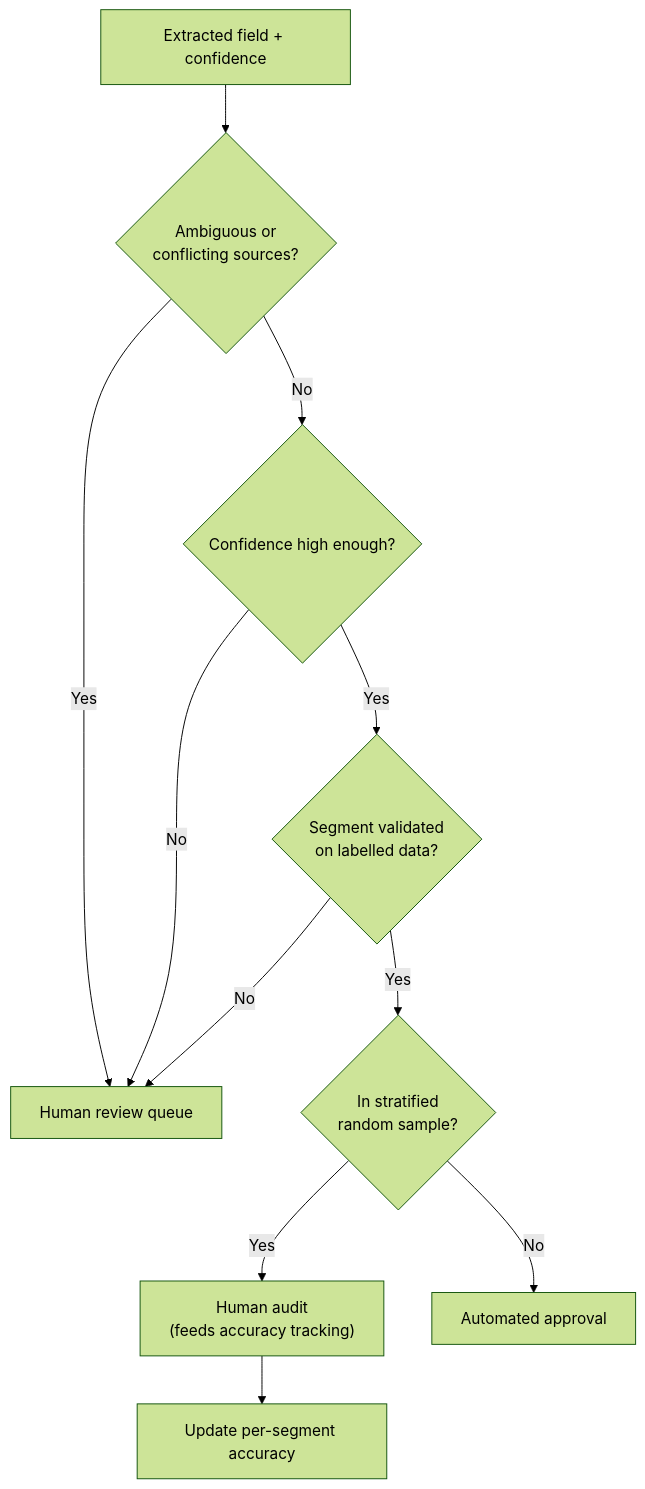
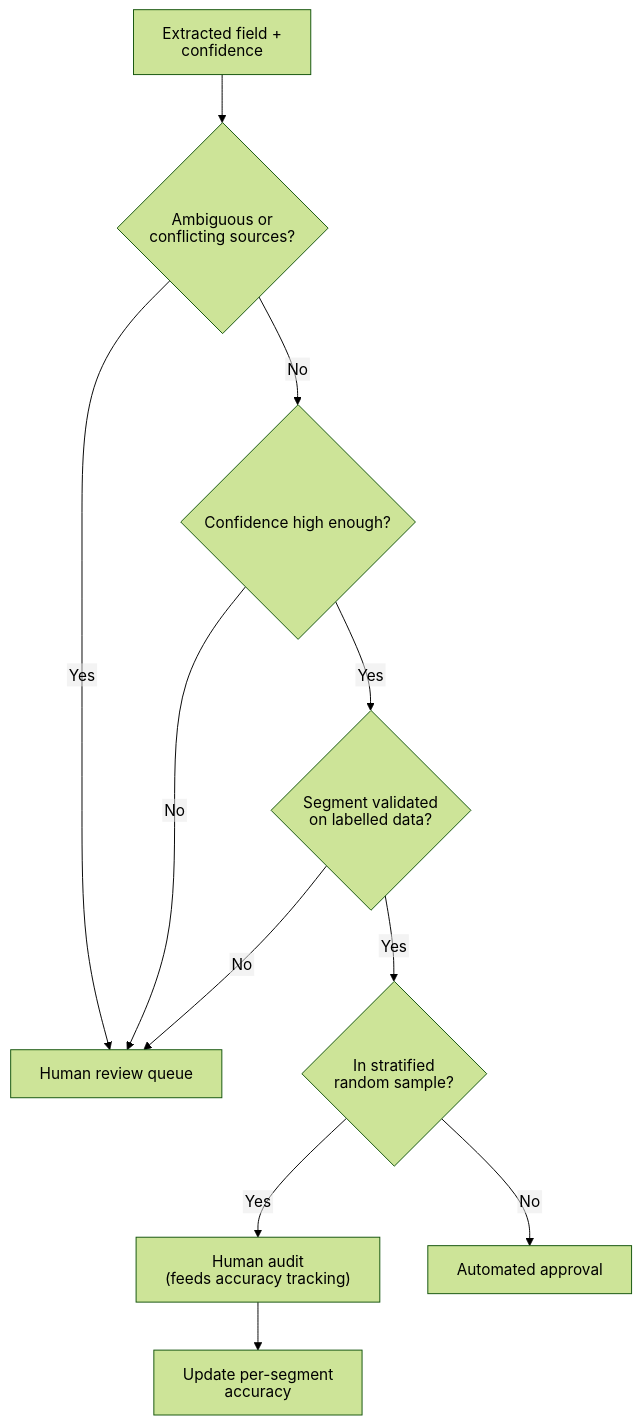
The diagram in domain5/ts_5_5_human_review_calibration/README.md (dip4k/claude_cert_architect_foundation_prep), drawn with Mermaid (forest theme) before and after one commit. The commit also changed 88 other files, not shown here.

First line of the commit message:
fix(mermaid): standardize GitHub Mermaid rendering across repo

````diff
--- a/domain5/ts_5_5_human_review_calibration/README.md
+++ b/domain5/ts_5_5_human_review_calibration/README.md
@@ -90,13 +90,17 @@
 ```mermaid
+---
+config:
+  htmlLabels: false
+---
 flowchart TD
     Doc["Extracted field + confidence"] --> Sig{"Ambiguous or<br>conflicting sources?"}
     Sig -->|"Yes"| Human["Human review queue"]
     Sig -->|"No"| Conf{"Confidence high enough?"}
     Conf -->|"No"| Human
     Conf -->|"Yes"| Seg{"Segment validated<br>on labelled data?"}
     Seg -->|"No"| Human
     Seg -->|"Yes"| Sample{"In stratified<br>random sample?"}
     Sample -->|"Yes"| Audit["Human audit<br>(feeds accuracy tracking)"]
     Sample -->|"No"| Auto["Automated approval"]
     Audit --> Track["Update per-segment accuracy"]
 ```
````
